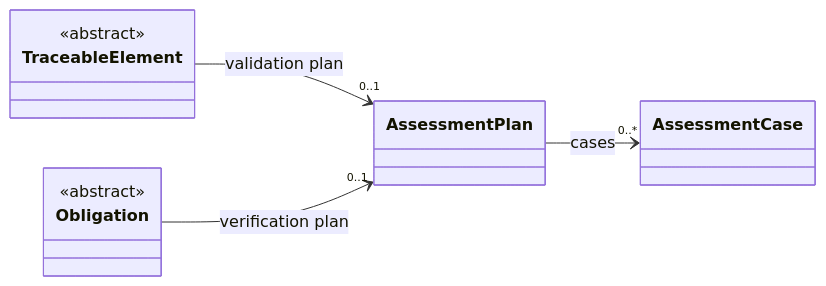
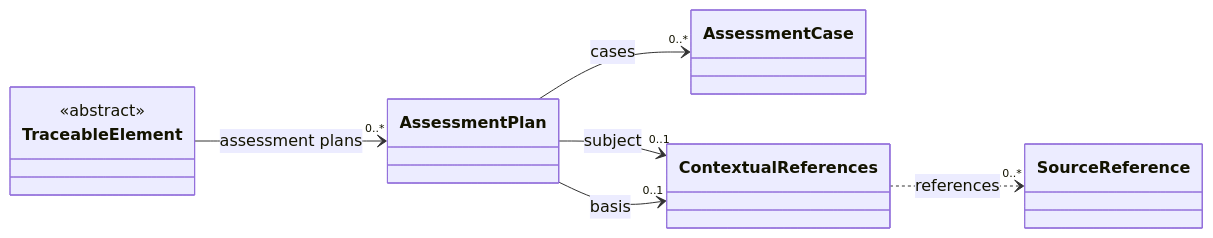
One commit to craigsmitham/dotspec changed diagram 18 of 18 in docs/reference/model/core.md. Above: the diagram before and after it, drawn with Mermaid. The commit also changed other lines of this file and 181 other files, not shown here.

First line of the commit message:
Add specification indexes, glossaries, and purpose-qualified assessment plans

````diff
--- a/docs/reference/model/core.md
+++ b/docs/reference/model/core.md
@@ -435,13 +435,15 @@
 ```mermaid
 classDiagram
     direction LR
     class TraceableElement
     <<abstract>> TraceableElement
-    class Obligation
-    <<abstract>> Obligation
     class AssessmentPlan
     class AssessmentCase
-    TraceableElement --> "0..1" AssessmentPlan : validation plan
-    Obligation --> "0..1" AssessmentPlan : verification plan
+    class ContextualReferences
+    class SourceReference
+    TraceableElement --> "0..*" AssessmentPlan : assessment plans
+    AssessmentPlan --> "0..1" ContextualReferences : subject
+    AssessmentPlan --> "0..1" ContextualReferences : basis
+    ContextualReferences ..> "0..*" SourceReference : references
     AssessmentPlan --> "0..*" AssessmentCase : cases
 ```
````
